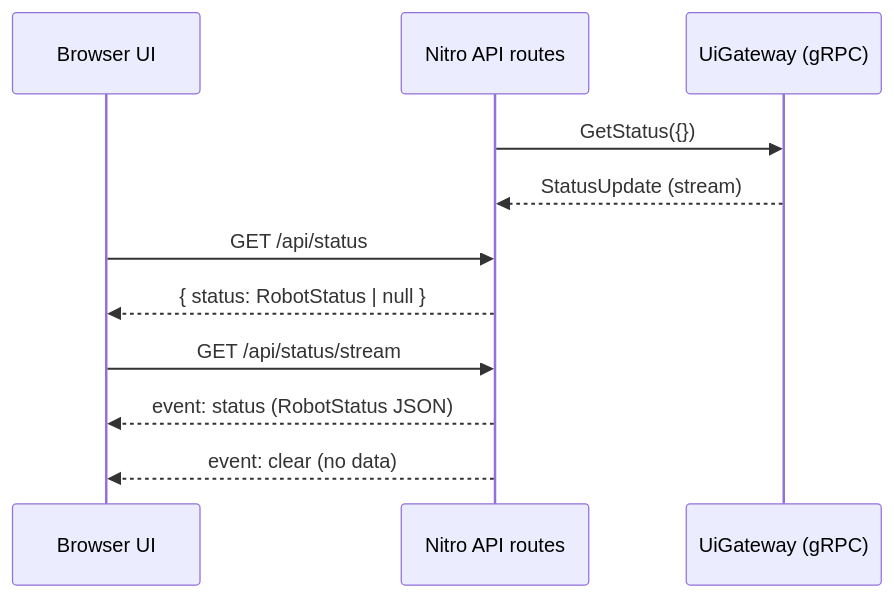
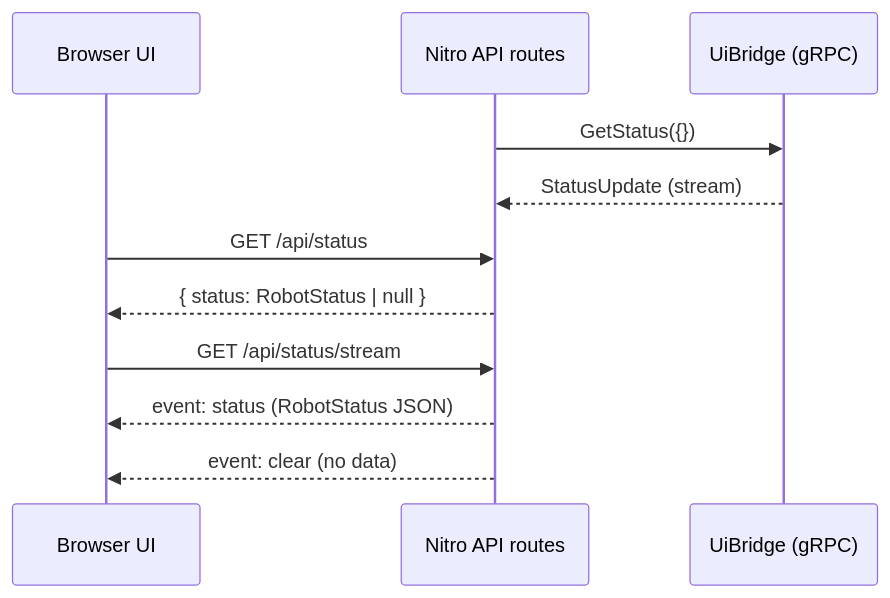
One commit to MicroWebStacks/tanstack-robot-space changed the second of 2 diagrams in README.md. Above: the diagram before and after it, drawn with Mermaid. The commit also changed other lines of this file and 4 other files, not shown here.

````diff
--- a/README.md
+++ b/README.md
@@ -36,16 +36,16 @@
 ```mermaid
 sequenceDiagram
   participant UI as Browser UI
   participant API as Nitro API routes
-  participant GRPC as UiGateway (gRPC)
+  participant GRPC as UiBridge (gRPC)
 
   API->>GRPC: GetStatus({})
   GRPC-->>API: StatusUpdate (stream)
 
   UI->>API: GET /api/status
   API-->>UI: { status: RobotStatus | null }
 
   UI->>API: GET /api/status/stream
   API-->>UI: event: status (RobotStatus JSON)
   API-->>UI: event: clear (no data)
 ```
````
